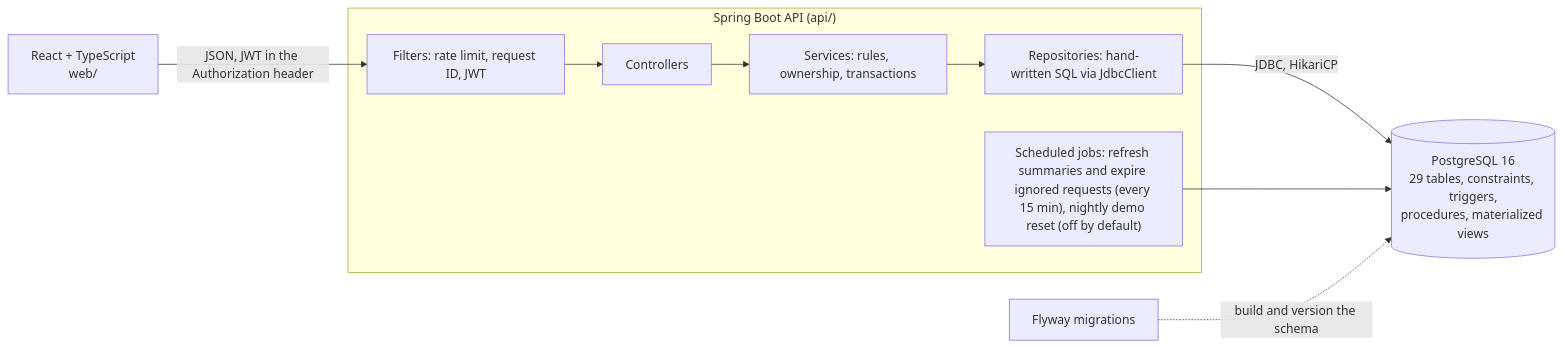
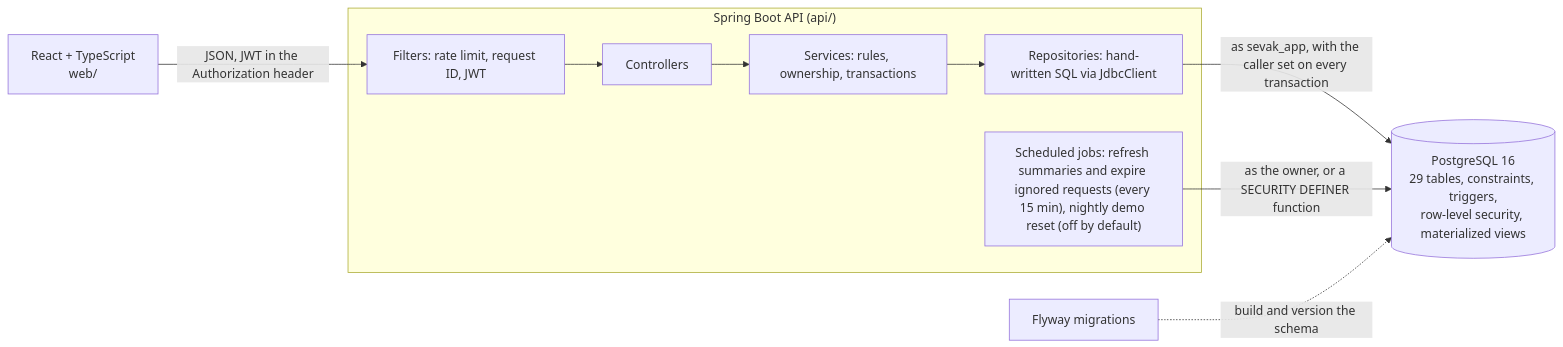
The first of 2 diagrams in README.md (madhavthesiya/sevak), drawn with Mermaid before and after one commit. The commit also changed other lines of this file and 3 other files, not shown here.

First line of the commit message:
docs: ADR 0008 for row-level security, and the README and changelog [task 8.6]

````diff
--- a/README.md
+++ b/README.md
@@ -41,13 +41,13 @@
 ```mermaid
 flowchart LR
     browser["React + TypeScript<br/>web/"] -- "JSON, JWT in the Authorization header" --> filters
     subgraph api["Spring Boot API (api/)"]
         filters["Filters: rate limit, request ID, JWT"] --> controllers["Controllers"]
         controllers --> services["Services: rules, ownership, transactions"]
         services --> repos["Repositories: hand-written SQL via JdbcClient"]
         jobs["Scheduled jobs: refresh summaries and expire ignored requests (every 15 min), nightly demo reset (off by default)"]
     end
-    repos -- "JDBC, HikariCP" --> db[("PostgreSQL 16<br/>29 tables, constraints, triggers,<br/>procedures, materialized views")]
-    jobs --> db
+    repos -- "as sevak_app, with the caller set on every transaction" --> db[("PostgreSQL 16<br/>29 tables, constraints, triggers,<br/>row-level security, materialized views")]
+    jobs -- "as the owner, or a SECURITY DEFINER function" --> db
     flyway["Flyway migrations"] -. "build and version the schema" .-> db
 ```
````
